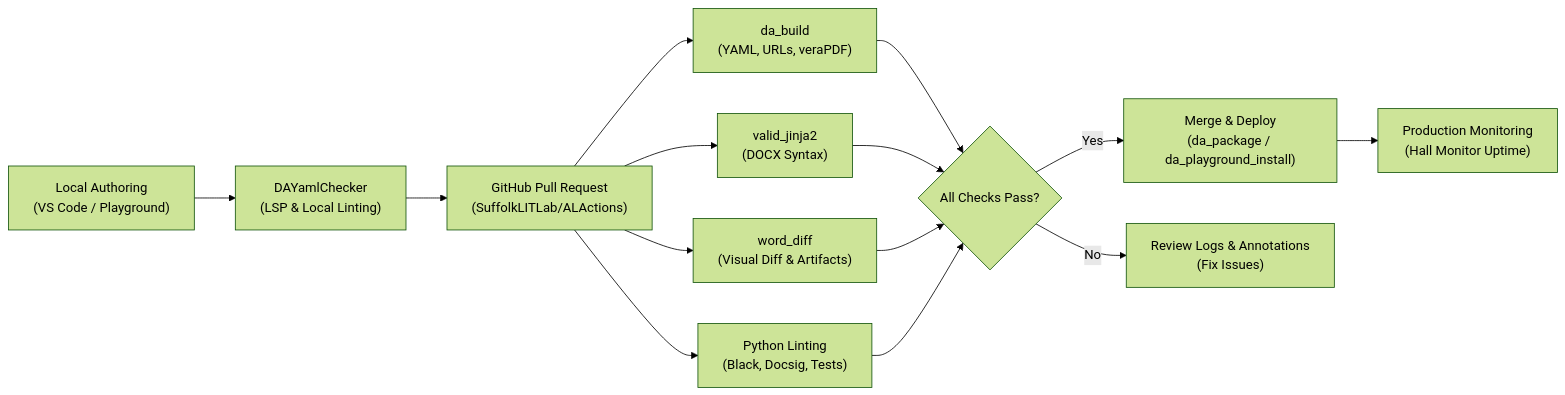
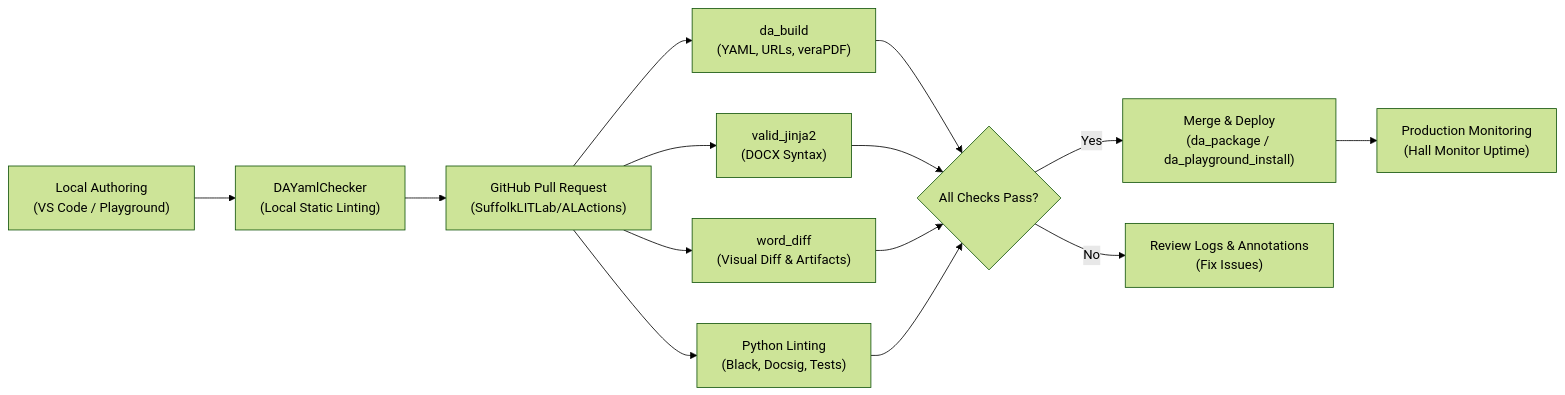
The diagram in docs/automated_quality_checks/overview.md (SuffolkLITLab/AssemblyLine-docs), drawn with Mermaid (forest theme) before and after one commit. The commit also changed other lines of this file and 7 other files, not shown here.

Commit message:
Convert headings to sentence case and accurately describe DAYamlChecker as static analysis tool

````diff
--- a/docs/automated_quality_checks/overview.md
+++ b/docs/automated_quality_checks/overview.md
@@ -12,13 +12,13 @@
 ```mermaid
 flowchart LR
-    A["Local Authoring\n(VS Code / Playground)"] --> B["DAYamlChecker\n(LSP & Local Linting)"]
+    A["Local Authoring\n(VS Code / Playground)"] --> B["DAYamlChecker\n(Local Static Linting)"]
     B --> C["GitHub Pull Request\n(SuffolkLITLab/ALActions)"]
     C --> D["da_build\n(YAML, URLs, veraPDF)"]
     C --> E["valid_jinja2\n(DOCX Syntax)"]
     C --> F["word_diff\n(Visual Diff & Artifacts)"]
     C --> G["Python Linting\n(Black, Docsig, Tests)"]
     D & E & F & G --> H{"All Checks Pass?"}
     H -->|Yes| I["Merge & Deploy\n(da_package / da_playground_install)"]
     H -->|No| J["Review Logs & Annotations\n(Fix Issues)"]
     I --> K["Production Monitoring\n(Hall Monitor Uptime)"]
 ```
````
